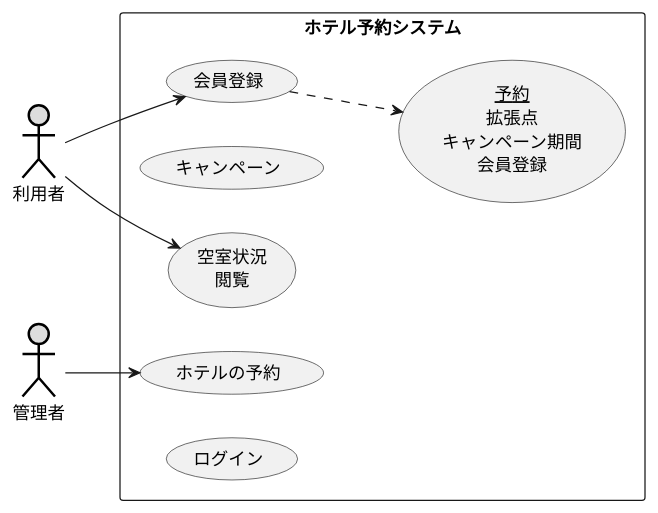
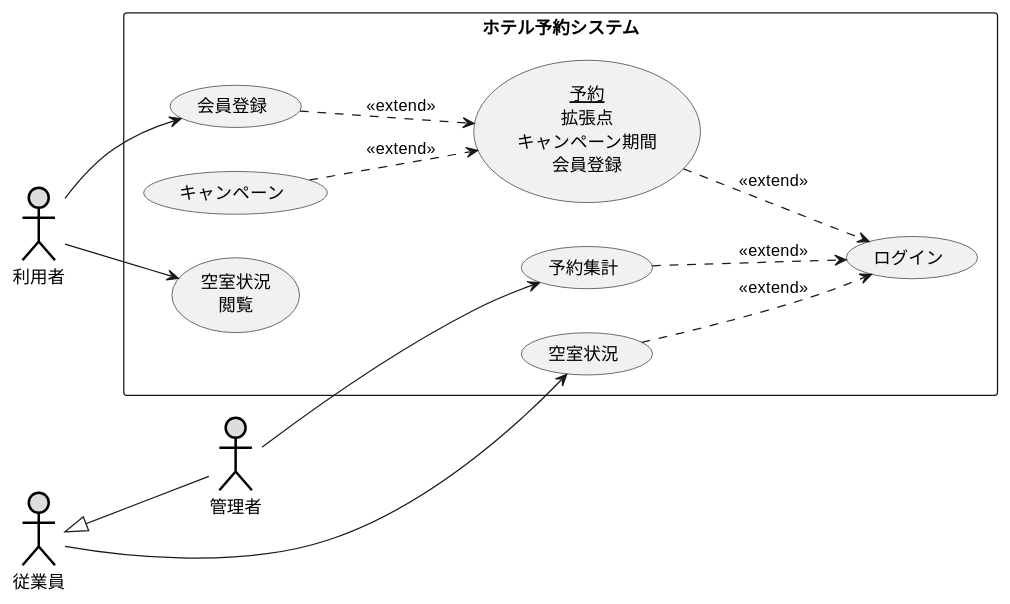
Before and after one commit to HIKAKINsan/uml-introduction: the diagram in 演習2-8_UC_ホテル予約システム.pu, drawn with PlantUML. The commit also changed 1 other file, not shown here.

```diff
--- a/演習2-8_UC_ホテル予約システム.pu
+++ b/演習2-8_UC_ホテル予約システム.pu
@@ -1,19 +1,27 @@
 @startuml ユースケース図
 actor 利用者 #DDDDDD;line:black;line.bold;
+actor 従業員 #DDDDDD;line:black;line.bold;
 actor 管理者 #DDDDDD;line:black;line.bold;
 rectangle ホテル予約システム {
 usecase 会員登録 as K
 usecase (<u>予約</u>\n拡張点\nキャンペーン期間\n会員登録) as Y
 usecase キャンペーン as KP
 usecase (空室状況\n閲覧) as E
-usecase ホテルの予約 as S
-usecase ログイン
+usecase 予約集計 as YS
+usecase ログイン as L
+usecase 空室状況 as KJ
 }
 利用者 --> K
 left to right direction
-K ..> Y
+K ..> Y : <<extend>>
+KP ..> Y : <<extend>>
+Y ..> L : <<extend>>
+YS ..> L : <<extend>>
 利用者 --> E
-管理者 --> S
+従業員 <|-- 管理者
+管理者 --> YS
+従業員 --> KJ
+KJ ..> L : <<extend>>
 left to right direction
 
 @enduml
```
